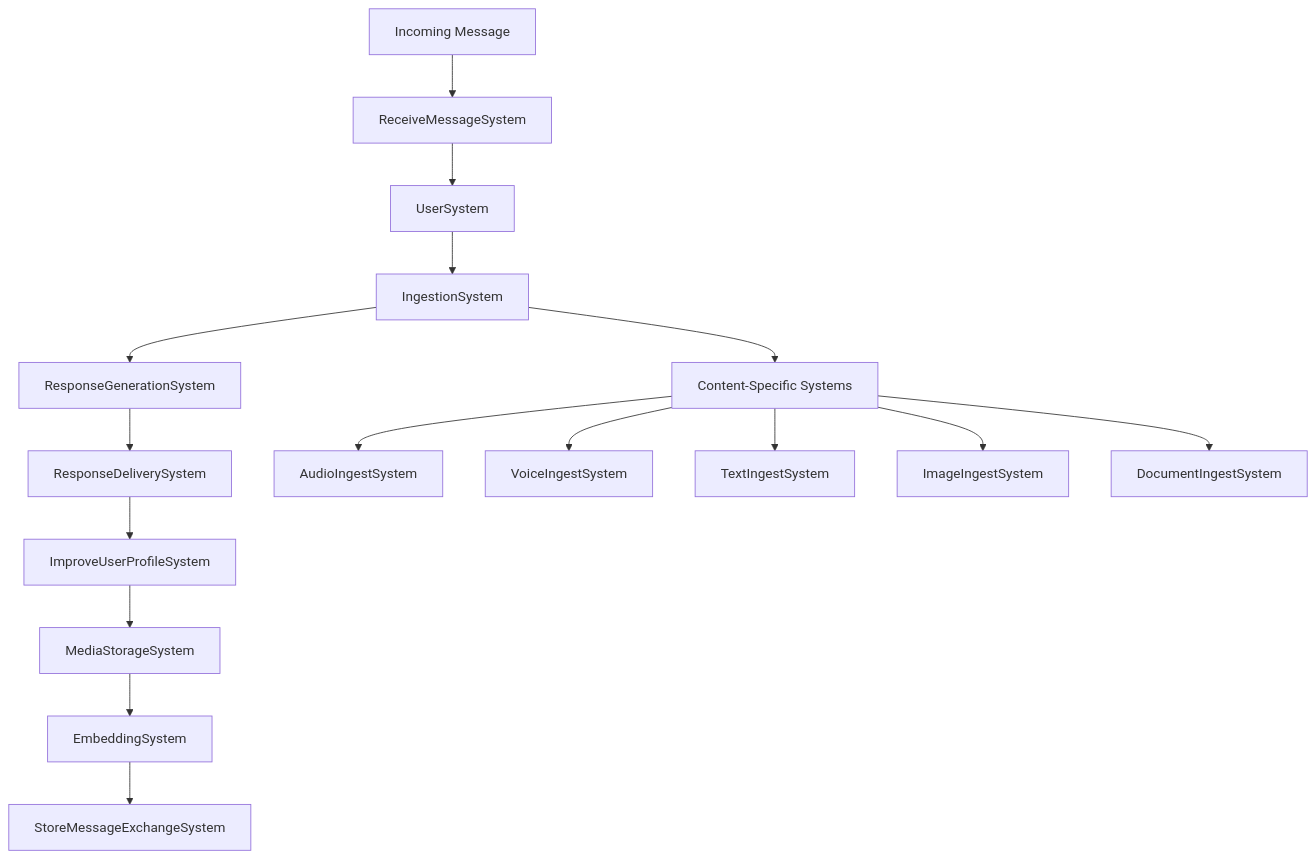
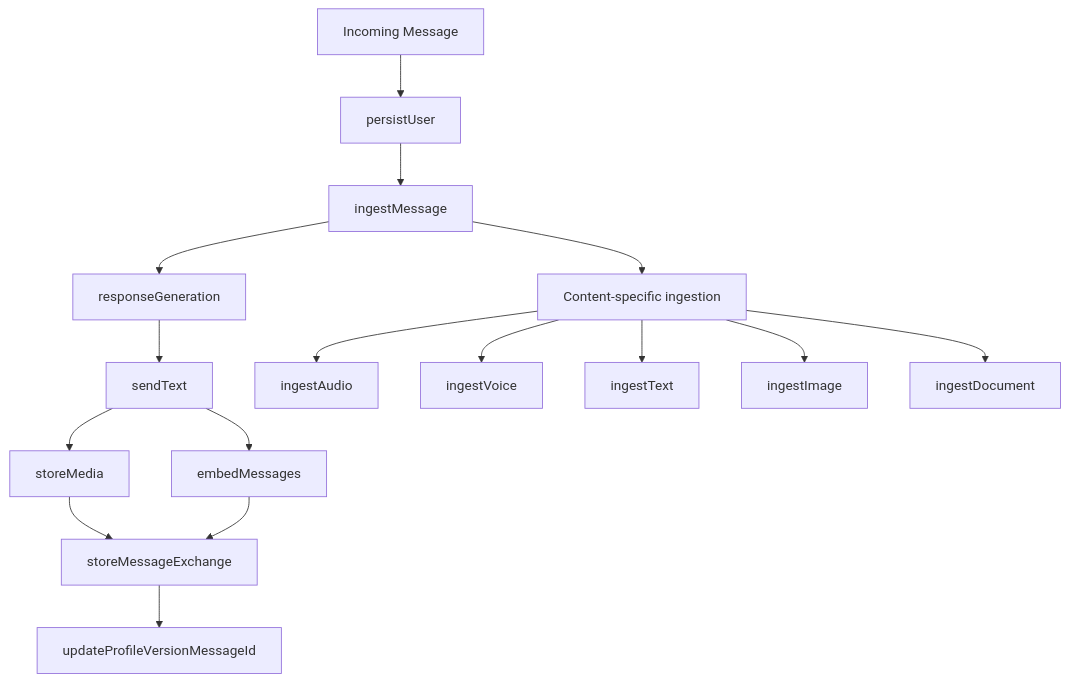
The second of 4 diagrams in spec/features/agentWorkflow.md (malbq/whatsapp-agents), drawn with Mermaid before and after one commit. The commit also changed other lines of this file and 4 other files, not shown here.

````diff
--- a/spec/features/agentWorkflow.md
+++ b/spec/features/agentWorkflow.md
@@ -78,19 +59,19 @@
 ```mermaid
 graph TD
-    A[Incoming Message] --> B[ReceiveMessageSystem]
-    B --> C[UserSystem]
-    C --> D[IngestionSystem]
-    D --> E[ResponseGenerationSystem]
-    E --> F[ResponseDeliverySystem]
-    F --> G[ImproveUserProfileSystem]
-    G --> H[MediaStorageSystem]
-    H --> I[EmbeddingSystem]
-    I --> J[StoreMessageExchangeSystem]
+    A[Incoming Message] --> B[persistUser]
+    B --> C[ingestMessage]
+    C --> D[responseGeneration]
+    D --> E[sendText]
+    E --> F[storeMedia]
+    E --> G[embedMessages]
+    F --> H[storeMessageExchange]
+    G --> H
+    H --> I[updateProfileVersionMessageId]
 
-    D --> K[Content-Specific Systems]
-    K --> L[AudioIngestSystem]
-    K --> M[VoiceIngestSystem]
-    K --> N[TextIngestSystem]
-    K --> O[ImageIngestSystem]
-    K --> P[DocumentIngestSystem]
+    C --> K[Content-specific ingestion]
+    K --> L[ingestAudio]
+    K --> M[ingestVoice]
+    K --> N[ingestText]
+    K --> O[ingestImage]
+    K --> P[ingestDocument]
 ```
````
